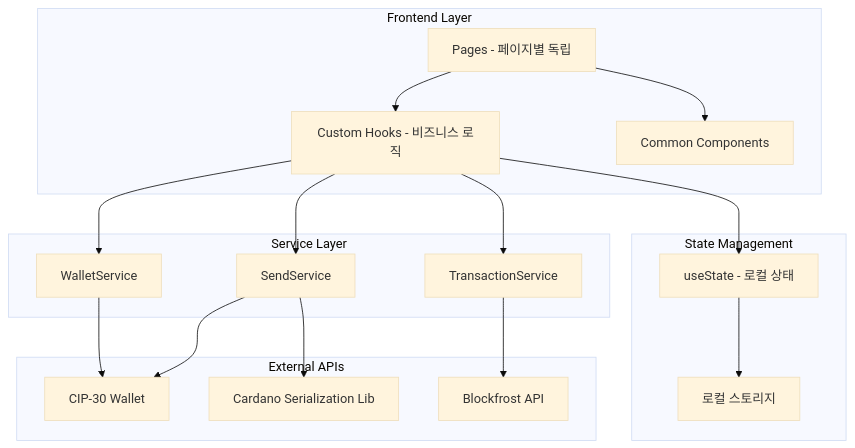
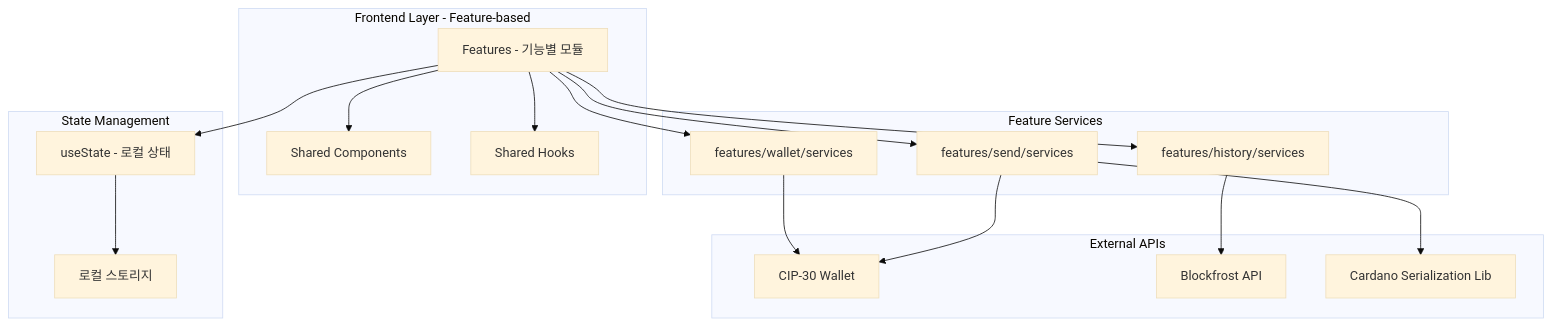
One commit to HyeonHo-Park/cardano-basic-dapp-1 changed the diagram in docs/service-architecture.md. Above: the diagram before and after it, drawn with Mermaid (base theme). The commit also changed other lines of this file and 6 other files, not shown here.

````diff
--- a/docs/service-architecture.md
+++ b/docs/service-architecture.md
@@ -5,39 +5,39 @@
 ```mermaid
 graph TB
-    subgraph "Frontend Layer"
-        Pages[Pages - 페이지별 독립]
-        Components[Common Components]
-        Hooks[Custom Hooks - 비즈니스 로직]
+    subgraph "Frontend Layer - Feature-based"
+        Features[Features - 기능별 모듈]
+        Shared[Shared Components]
+        SharedHooks[Shared Hooks]
     end
 
-    subgraph "Service Layer"
-        WS[WalletService]
-        SS[SendService]
-        TS[TransactionService]
+    subgraph "Feature Services"
+        WS[features/wallet/services]
+        SS[features/send/services]
+        TS[features/history/services]
     end
 
     subgraph "State Management"
         UseState[useState - 로컬 상태]
         LocalStorage[로컬 스토리지]
     end
 
     subgraph "External APIs"
         Wallet[CIP-30 Wallet]
         Blockfrost[Blockfrost API]
         CSL[Cardano Serialization Lib]
     end
 
-    Pages --> Hooks
-    Pages --> Components
-    Hooks --> WS
-    Hooks --> SS
-    Hooks --> TS
-    Hooks --> UseState
+    Features --> WS
+    Features --> SS
+    Features --> TS
+    Features --> Shared
+    Features --> SharedHooks
+    Features --> UseState
 
     WS --> Wallet
     SS --> Wallet
     SS --> CSL
     TS --> Blockfrost
 
     UseState --> LocalStorage
 ```
````
